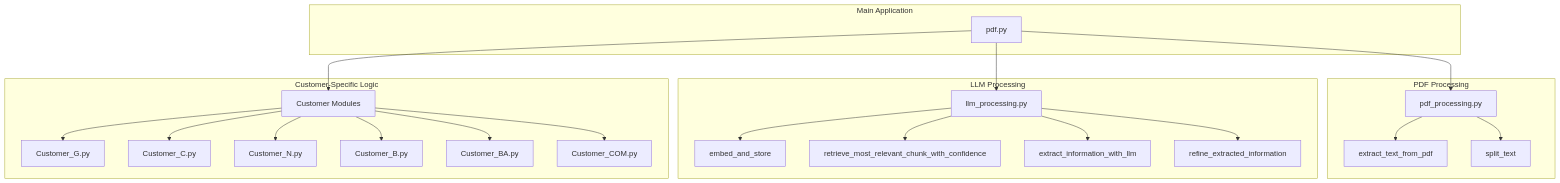
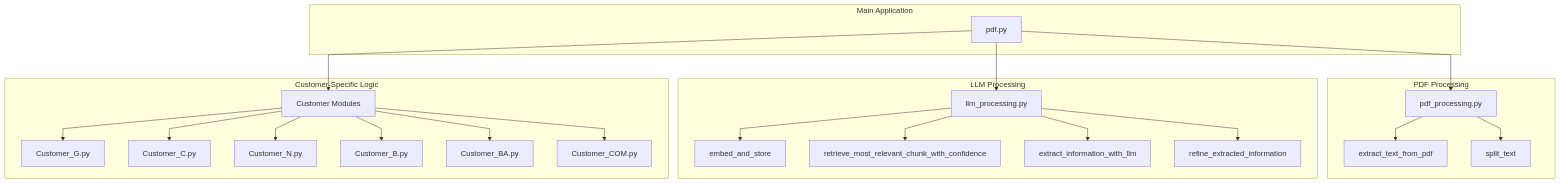
The diagram in README.md (momofssd/ecom_order_entry_llm), drawn with Mermaid before and after one commit. The commit also changed other lines of this file, not shown here.

````diff
--- a/README.md
+++ b/README.md
@@ -19,49 +19,50 @@
 ```mermaid
+%%{init: {'theme': 'default', 'themeVariables': { 'fontSize': '16px'}, 'flowchart': {'htmlLabels': true, 'curve': 'linear'}, 'height': 800 }}%%
 graph TD
     A[pdf.py] --> B[pdf_processing.py]
     A --> C[llm_processing.py]
     A --> D[Customer Modules]
     
     B --> B1[extract_text_from_pdf]
     B --> B2[split_text]
     
     C --> C1[embed_and_store]
     C --> C2[retrieve_most_relevant_chunk_with_confidence]
     C --> C3[extract_information_with_llm]
     C --> C4[refine_extracted_information]
     
     D --> D1[Customer_G.py]
     D --> D2[Customer_C.py]
     D --> D3[Customer_N.py]
     D --> D4[Customer_B.py]
     D --> D5[Customer_BA.py]
     D --> D6[Customer_COM.py]
     
     subgraph "Main Application"
         A
     end
     
     subgraph "PDF Processing"
         B
         B1
         B2
     end
     
     subgraph "LLM Processing"
         C
         C1
         C2
         C3
         C4
     end
     
     subgraph "Customer-Specific Logic"
         D
         D1
         D2
         D3
         D4
         D5
         D6
     end
 ```
````
